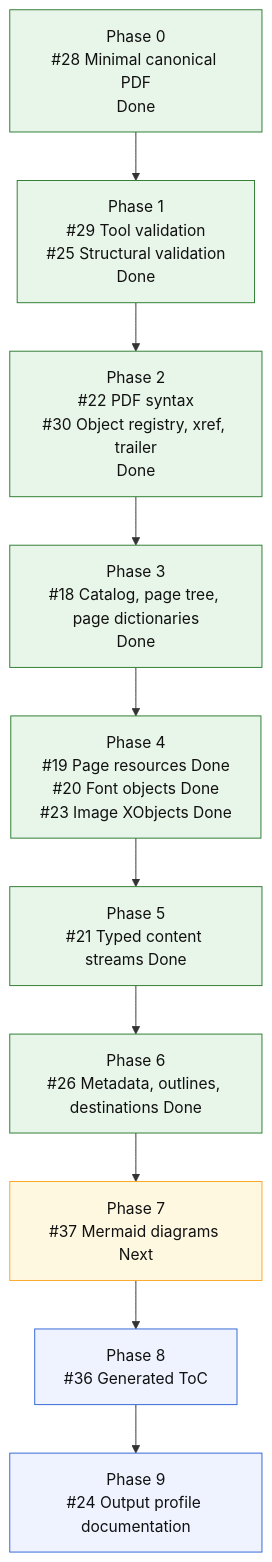
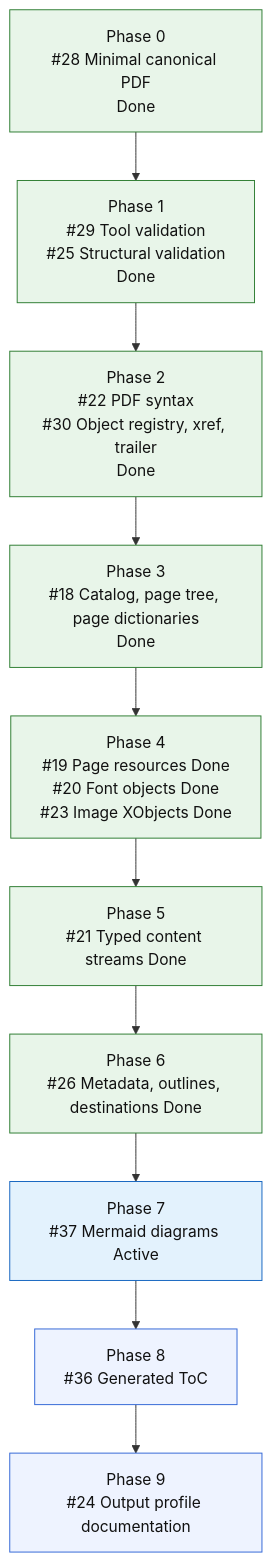
One commit to mihaelamj/MarkdownPDF changed the diagram in README.md. Above: the diagram before and after it, drawn with Mermaid. The commit also changed 11 other files, not shown here.

Commit message:
feat(pdf): render portable Mermaid flowcharts

````diff
--- a/README.md
+++ b/README.md
@@ -127,24 +127,24 @@
 ```mermaid
 flowchart TD
     P0["Phase 0<br/>#28 Minimal canonical PDF<br/>Done"]
     P1["Phase 1<br/>#29 Tool validation<br/>#25 Structural validation<br/>Done"]
     P2["Phase 2<br/>#22 PDF syntax<br/>#30 Object registry, xref, trailer<br/>Done"]
     P3["Phase 3<br/>#18 Catalog, page tree, page dictionaries<br/>Done"]
     P4["Phase 4<br/>#19 Page resources Done<br/>#20 Font objects Done<br/>#23 Image XObjects Done"]
     P5["Phase 5<br/>#21 Typed content streams Done"]
     P6["Phase 6<br/>#26 Metadata, outlines, destinations Done"]
-    P7["Phase 7<br/>#37 Mermaid diagrams Next"]
+    P7["Phase 7<br/>#37 Mermaid diagrams Active"]
     P8["Phase 8<br/>#36 Generated ToC"]
     P9["Phase 9<br/>#24 Output profile documentation"]
 
     P0 --> P1 --> P2 --> P3 --> P4 --> P5 --> P6 --> P7 --> P8 --> P9
 
     classDef done fill:#e8f5e9,stroke:#2e7d32,color:#111;
     classDef active fill:#e3f2fd,stroke:#1565c0,color:#111;
     classDef review fill:#f3e5f5,stroke:#7b1fa2,color:#111;
     classDef next fill:#fff8e1,stroke:#f9a825,color:#111;
     classDef todo fill:#eef3ff,stroke:#3367d6,color:#111;
     class P0,P1,P2,P3,P4,P5,P6 done;
-    class P7 next;
+    class P7 active;
     class P8,P9 todo;
 ```
````
